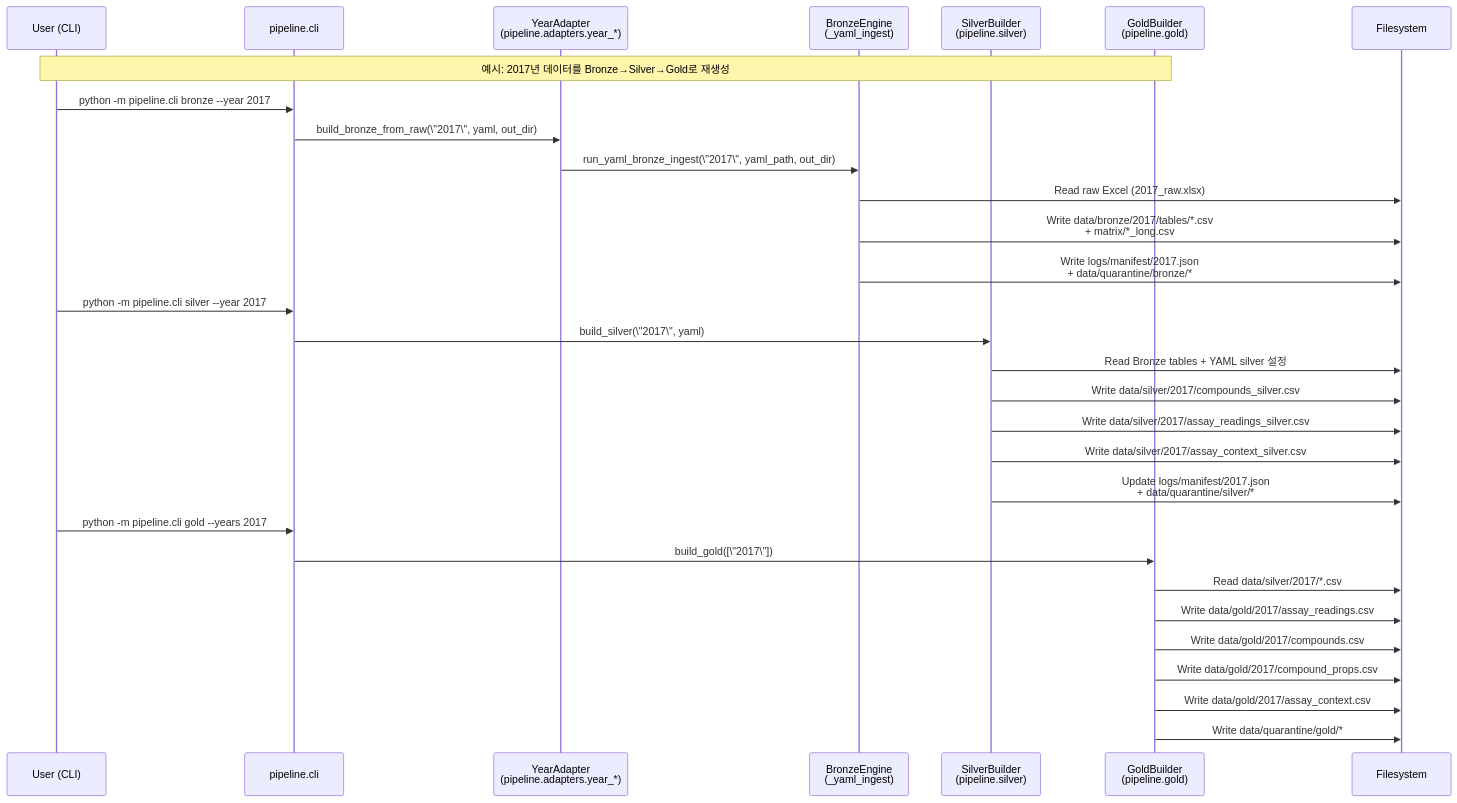
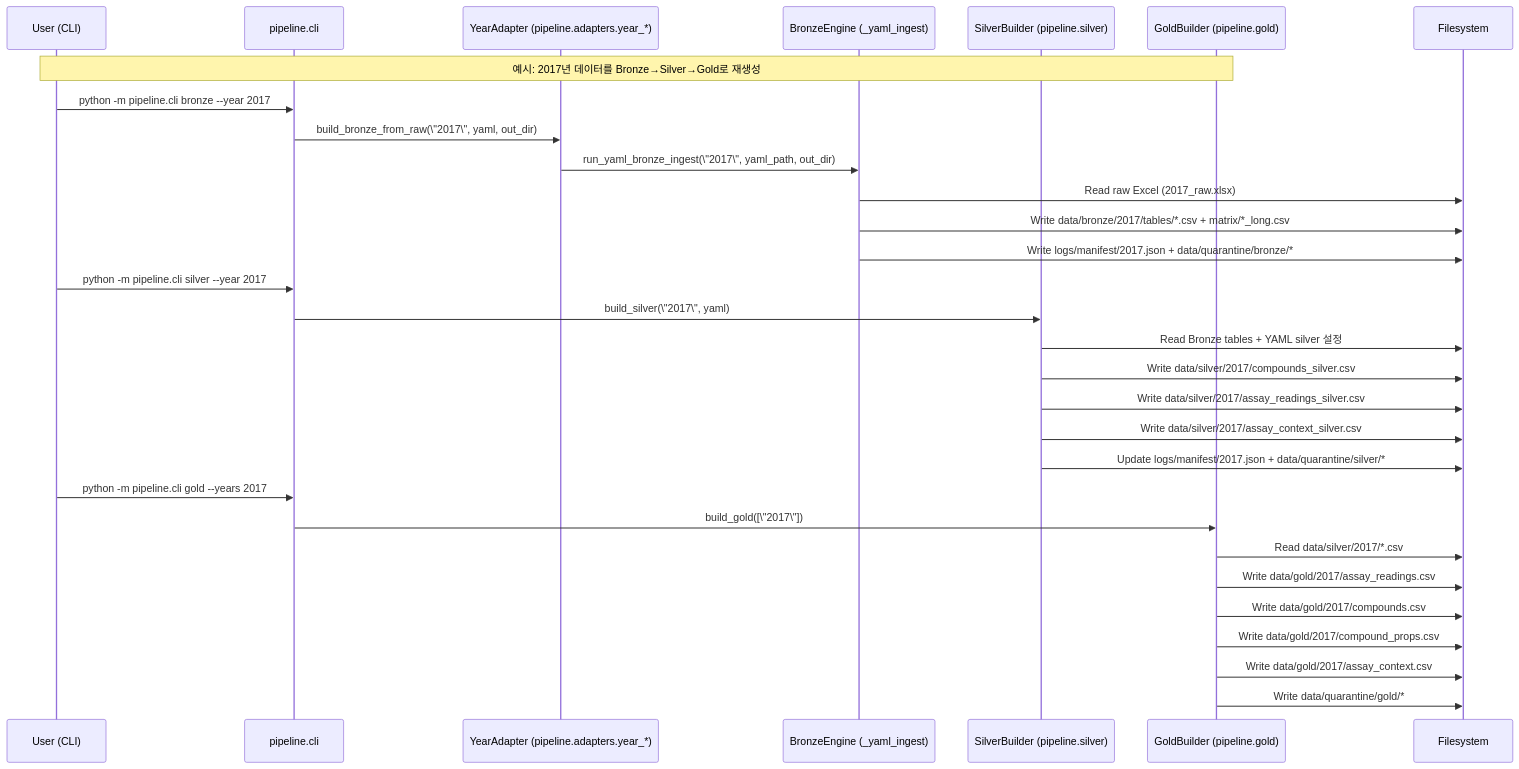
Before and after one commit to chi2hoon/chemical-cliff-climbing: the diagram in docs/sequence.md, drawn with Mermaid.

Commit message:
docs: update sequence diagram formatting and clarify file paths

````diff
--- a/docs/sequence.md
+++ b/docs/sequence.md
@@ -9,36 +9,36 @@
 ```mermaid
 sequenceDiagram
     participant User as User (CLI)
     participant CLI as pipeline.cli
-    participant Adapter as YearAdapter<br/>(pipeline.adapters.year_*)
-    participant Engine as BronzeEngine<br/>(_yaml_ingest)
-    participant Silver as SilverBuilder<br/>(pipeline.silver)
-    participant Gold as GoldBuilder<br/>(pipeline.gold)
+    participant Adapter as YearAdapter (pipeline.adapters.year_*)
+    participant Engine as BronzeEngine (_yaml_ingest)
+    participant Silver as SilverBuilder (pipeline.silver)
+    participant Gold as GoldBuilder (pipeline.gold)
     participant FS as Filesystem
 
     Note over User,Gold: 예시: 2017년 데이터를 Bronze→Silver→Gold로 재생성
 
     User->>CLI: python -m pipeline.cli bronze --year 2017
     CLI->>Adapter: build_bronze_from_raw(\"2017\", yaml, out_dir)
     Adapter->>Engine: run_yaml_bronze_ingest(\"2017\", yaml_path, out_dir)
     Engine->>FS: Read raw Excel (2017_raw.xlsx)
-    Engine->>FS: Write data/bronze/2017/tables/*.csv<br/>+ matrix/*_long.csv
-    Engine->>FS: Write logs/manifest/2017.json<br/>+ data/quarantine/bronze/*
+    Engine->>FS: Write data/bronze/2017/tables/*.csv + matrix/*_long.csv
+    Engine->>FS: Write logs/manifest/2017.json + data/quarantine/bronze/*
 
     User->>CLI: python -m pipeline.cli silver --year 2017
     CLI->>Silver: build_silver(\"2017\", yaml)
     Silver->>FS: Read Bronze tables + YAML silver 설정
     Silver->>FS: Write data/silver/2017/compounds_silver.csv
     Silver->>FS: Write data/silver/2017/assay_readings_silver.csv
     Silver->>FS: Write data/silver/2017/assay_context_silver.csv
-    Silver->>FS: Update logs/manifest/2017.json<br/>+ data/quarantine/silver/*
+    Silver->>FS: Update logs/manifest/2017.json + data/quarantine/silver/*
 
     User->>CLI: python -m pipeline.cli gold --years 2017
     CLI->>Gold: build_gold([\"2017\"])
     Gold->>FS: Read data/silver/2017/*.csv
     Gold->>FS: Write data/gold/2017/assay_readings.csv
     Gold->>FS: Write data/gold/2017/compounds.csv
     Gold->>FS: Write data/gold/2017/compound_props.csv
     Gold->>FS: Write data/gold/2017/assay_context.csv
     Gold->>FS: Write data/quarantine/gold/*
 ```
````
